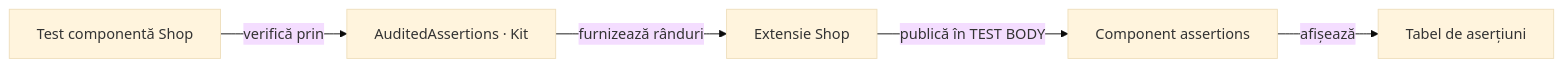
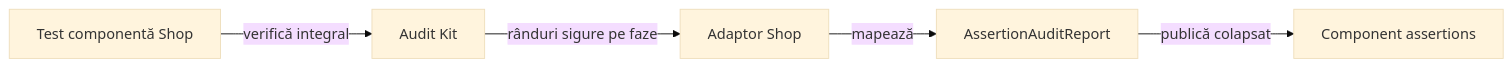
Before and after one commit to crististefanita/atf_j0: the third of 3 diagrams in atf-test-practice-shop/README.md, drawn with Mermaid (base theme). The commit also changed other lines of this file and 56 other files, not shown here.

````diff
--- a/atf-test-practice-shop/README.md
+++ b/atf-test-practice-shop/README.md
@@ -613,7 +611,7 @@
 ```mermaid
 flowchart LR
-    Test[Test componentă Shop] -->|verifică prin| Check[AuditedAssertions · Kit]
-    Check -->|furnizează rânduri| Adapter[Extensie Shop]
-    Adapter -->|publică în TEST BODY| Step[Component assertions]
-    Step -->|afișează| Table[Tabel de aserțiuni]
+    Test[Test componentă Shop] -->|verifică integral| Kit[Audit Kit]
+    Kit -->|rânduri sigure pe faze| Adapter[Adaptor Shop]
+    Adapter -->|mapează| Report[AssertionAuditReport]
+    Report -->|publică colapsat| Step[Component assertions]
 ```
````
